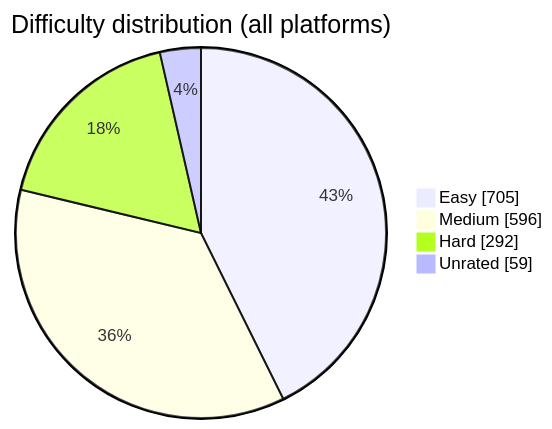
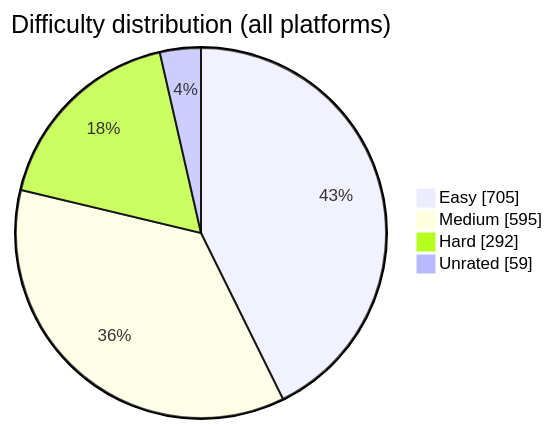
The diagram in README.md (BuildbyArindam/Daily-Coding-Log), drawn with Mermaid before and after one commit. The commit also changed other lines of this file, not shown here.

````diff
--- a/README.md
+++ b/README.md
@@ -93,7 +93,7 @@
 ```mermaid
 pie showData title Difficulty distribution (all platforms)
     "Easy" : 705
-    "Medium" : 596
+    "Medium" : 595
     "Hard" : 292
     "Unrated" : 59
 ```
````
